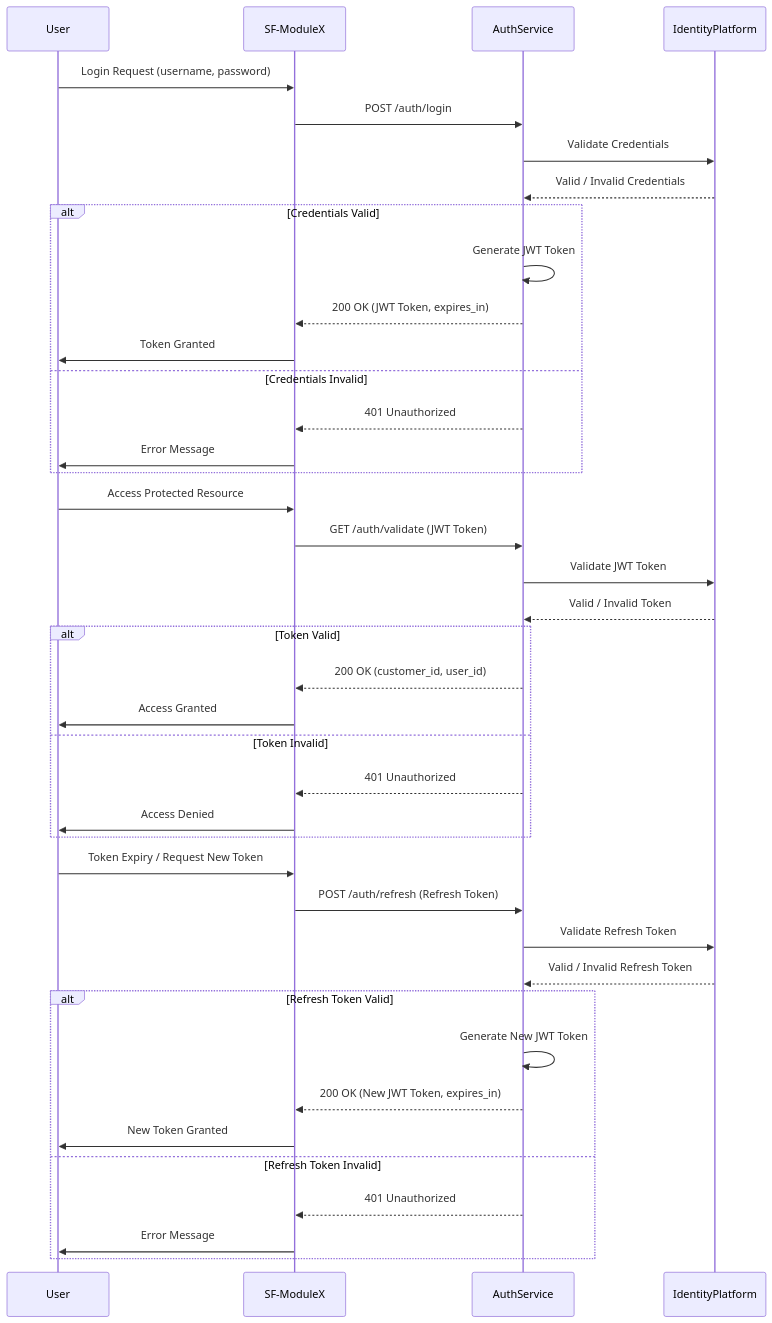
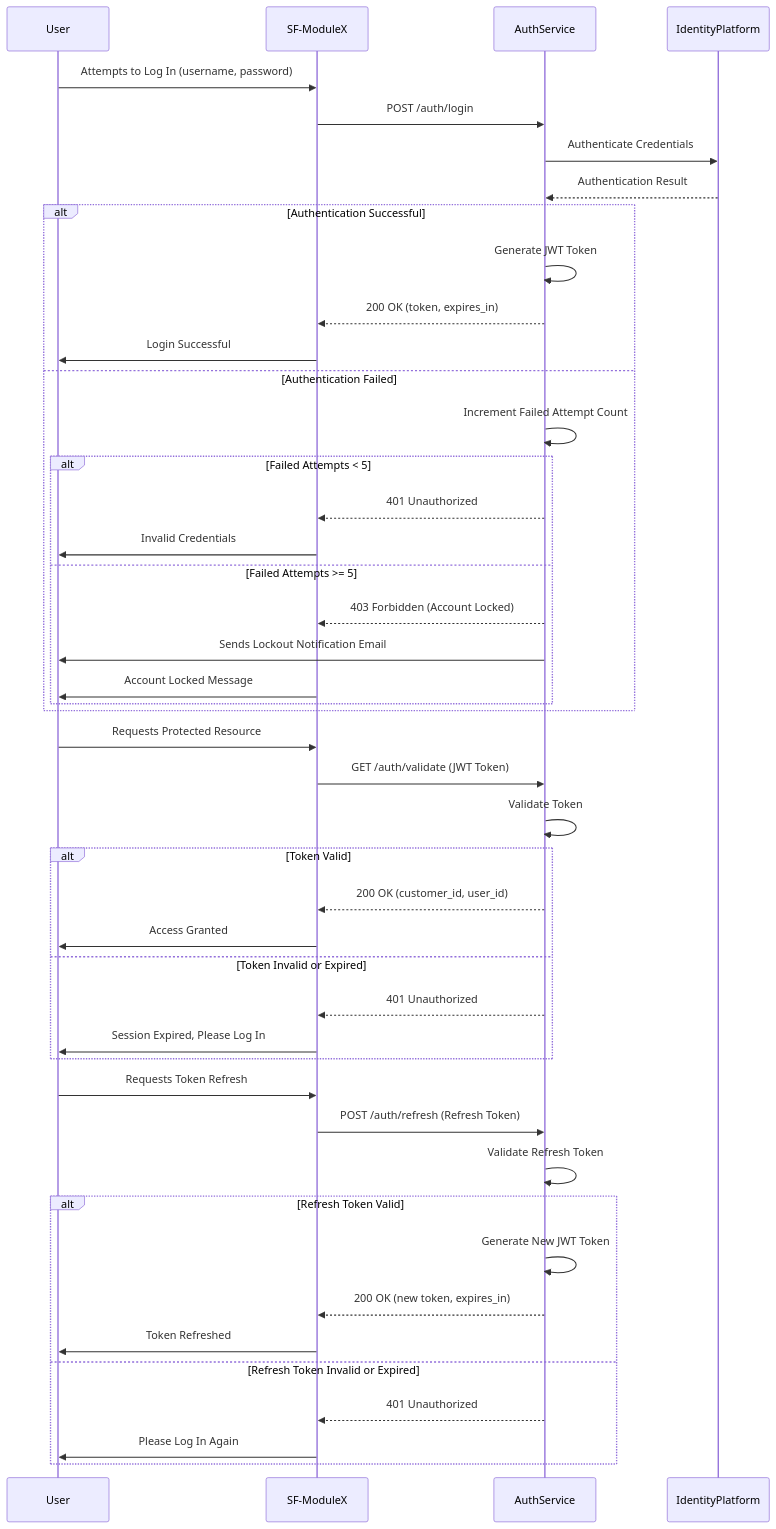
Before and after one commit to shaunburgin/SF-AuthService: the diagram in SF-AuthService-specification.md, drawn with Mermaid. The commit also changed other lines of this file, not shown here.

````diff
--- a/SF-AuthService-specification.md
+++ b/SF-AuthService-specification.md
@@ -240,45 +490,50 @@
 ```mermaid
 sequenceDiagram
     participant User
     participant SF-ModuleX
     participant AuthService
     participant IdentityPlatform
 
-    User ->> SF-ModuleX: Login Request (username, password)
+    User ->> SF-ModuleX: Attempts to Log In (username, password)
     SF-ModuleX ->> AuthService: POST /auth/login
-    AuthService ->> IdentityPlatform: Validate Credentials
-    IdentityPlatform -->> AuthService: Valid / Invalid Credentials
-    alt Credentials Valid
+    AuthService ->> IdentityPlatform: Authenticate Credentials
+    IdentityPlatform -->> AuthService: Authentication Result
+    alt Authentication Successful
         AuthService ->> AuthService: Generate JWT Token
-        AuthService -->> SF-ModuleX: 200 OK (JWT Token, expires_in)
-        SF-ModuleX ->> User: Token Granted
-    else Credentials Invalid
-        AuthService -->> SF-ModuleX: 401 Unauthorized
-        SF-ModuleX ->> User: Error Message
+        AuthService -->> SF-ModuleX: 200 OK (token, expires_in)
+        SF-ModuleX ->> User: Login Successful
+    else Authentication Failed
+        AuthService ->> AuthService: Increment Failed Attempt Count
+        alt Failed Attempts < 5
+            AuthService -->> SF-ModuleX: 401 Unauthorized
+            SF-ModuleX ->> User: Invalid Credentials
+        else Failed Attempts >= 5
+            AuthService -->> SF-ModuleX: 403 Forbidden (Account Locked)
+            AuthService ->> User: Sends Lockout Notification Email
+            SF-ModuleX ->> User: Account Locked Message
+        end
     end
 
-    User ->> SF-ModuleX: Access Protected Resource
+    User ->> SF-ModuleX: Requests Protected Resource
     SF-ModuleX ->> AuthService: GET /auth/validate (JWT Token)
-    AuthService ->> IdentityPlatform: Validate JWT Token
-    IdentityPlatform -->> AuthService: Valid / Invalid Token
+    AuthService ->> AuthService: Validate Token
     alt Token Valid
         AuthService -->> SF-ModuleX: 200 OK (customer_id, user_id)
         SF-ModuleX ->> User: Access Granted
-    else Token Invalid
+    else Token Invalid or Expired
         AuthService -->> SF-ModuleX: 401 Unauthorized
-        SF-ModuleX ->> User: Access Denied
+        SF-ModuleX ->> User: Session Expired, Please Log In
     end
 
-    User ->> SF-ModuleX: Token Expiry / Request New Token
+    User ->> SF-ModuleX: Requests Token Refresh
     SF-ModuleX ->> AuthService: POST /auth/refresh (Refresh Token)
-    AuthService ->> IdentityPlatform: Validate Refresh Token
-    IdentityPlatform -->> AuthService: Valid / Invalid Refresh Token
+    AuthService ->> AuthService: Validate Refresh Token
     alt Refresh Token Valid
         AuthService ->> AuthService: Generate New JWT Token
-        AuthService -->> SF-ModuleX: 200 OK (New JWT Token, expires_in)
-        SF-ModuleX ->> User: New Token Granted
-    else Refresh Token Invalid
+        AuthService -->> SF-ModuleX: 200 OK (new token, expires_in)
+        SF-ModuleX ->> User: Token Refreshed
+    else Refresh Token Invalid or Expired
         AuthService -->> SF-ModuleX: 401 Unauthorized
-        SF-ModuleX ->> User: Error Message
+        SF-ModuleX ->> User: Please Log In Again
     end
 ```
````
